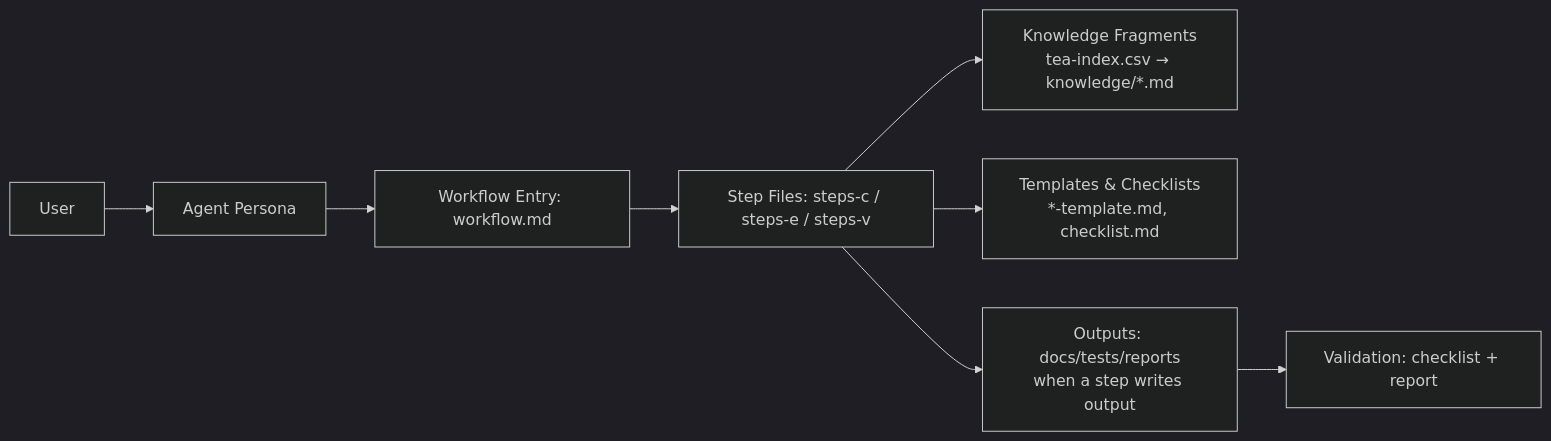
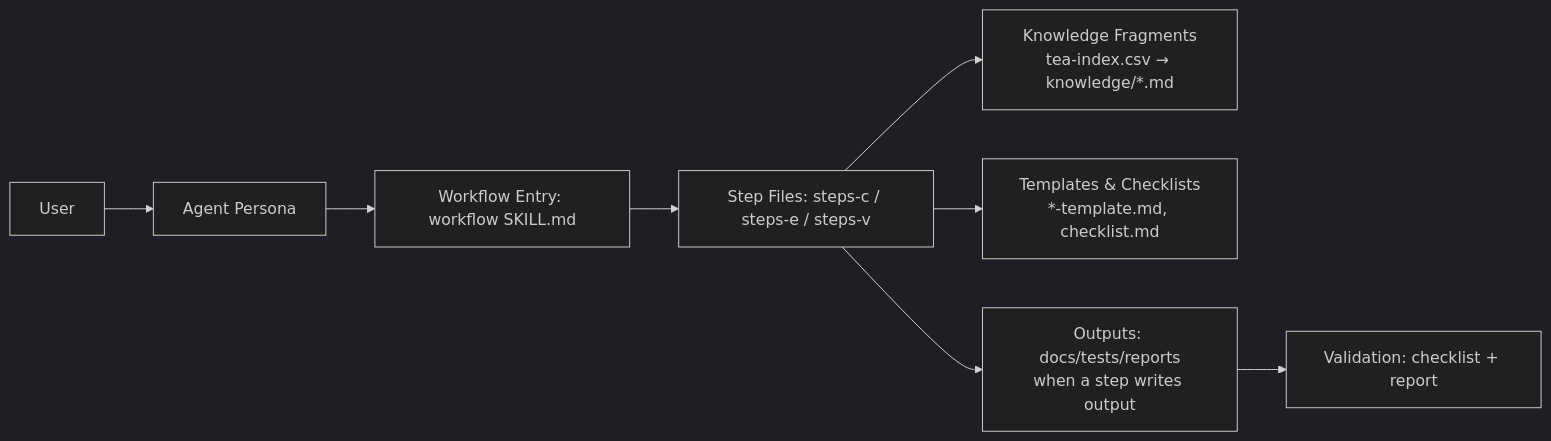
The diagram in README.md (bmad-code-org/bmad-method-test-architecture-enterprise), drawn with Mermaid (dark theme) before and after one commit. The commit also changed other lines of this file, not shown here.

````diff
--- a/README.md
+++ b/README.md
@@ -47,10 +49,10 @@
 ```mermaid
 flowchart LR
   U[User] --> A[Agent Persona]
-  A --> W[Workflow Entry: workflow.md]
+  A --> W[Workflow Entry: workflow SKILL.md]
   W --> S[Step Files: steps-c / steps-e / steps-v]
   S --> K[Knowledge Fragments<br/>tea-index.csv → knowledge/*.md]
   S --> T[Templates & Checklists<br/>*-template.md, checklist.md]
   S --> O[Outputs: docs/tests/reports<br/>when a step writes output]
   O --> V[Validation: checklist + report]
 ```
````
